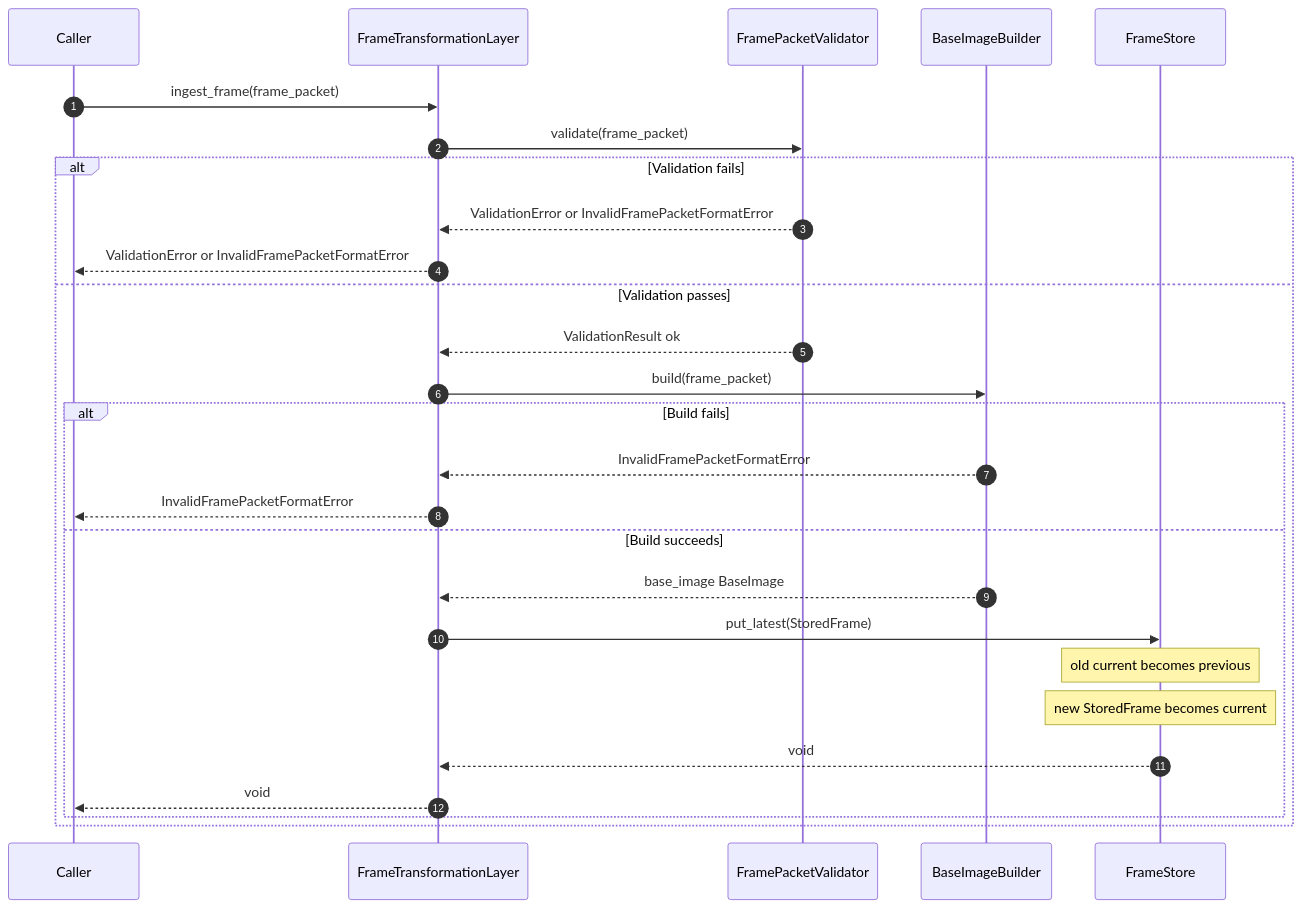
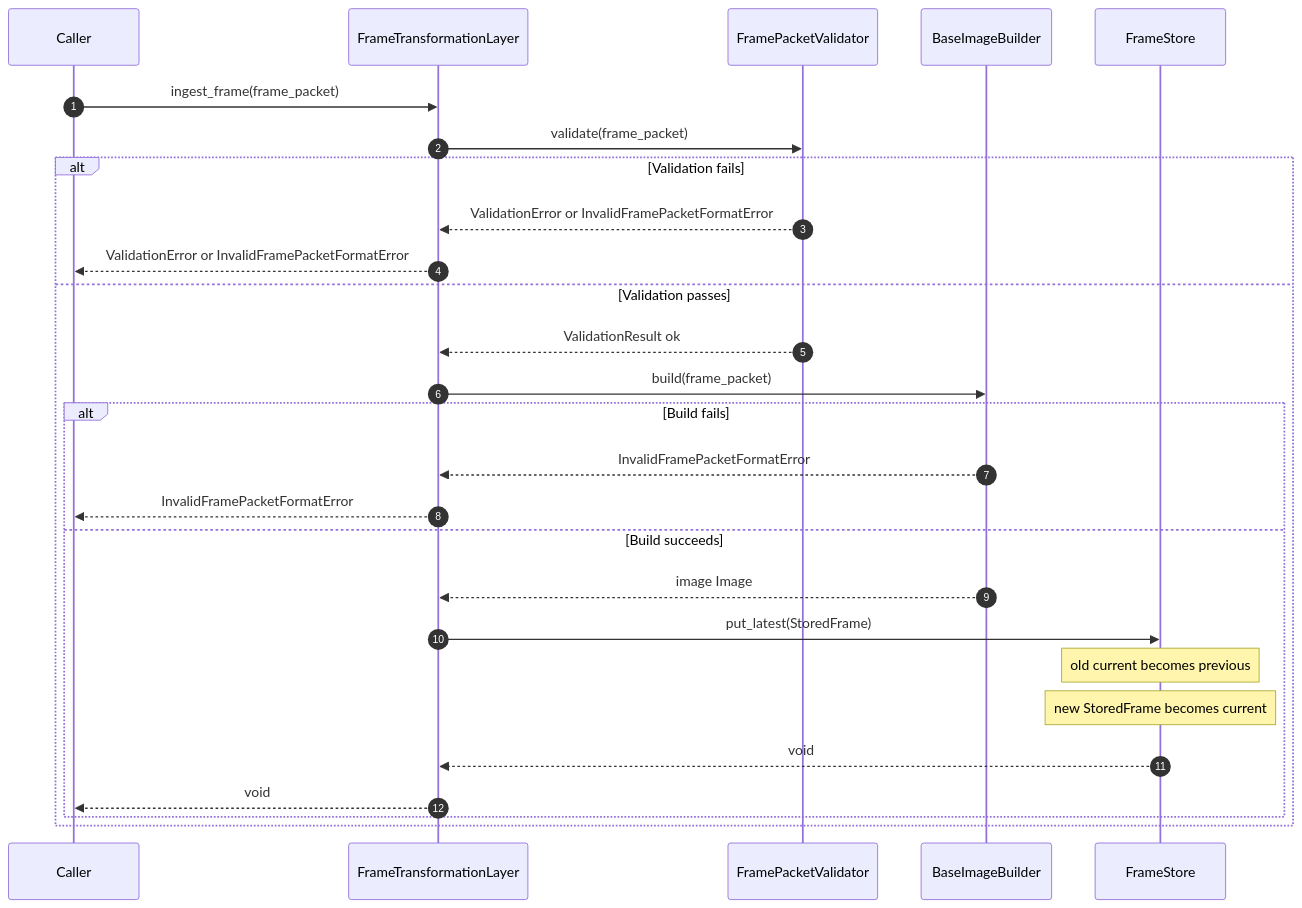
The second of 4 diagrams in doc/image_processing_service/frame_transformation_layer.md (talifruman/camera-recognition), drawn with Mermaid before and after one commit. The commit also changed other lines of this file and 203 other files, not shown here.

````diff
--- a/doc/image_processing_service/frame_transformation_layer.md
+++ b/doc/image_processing_service/frame_transformation_layer.md
@@ -880,30 +873,30 @@
 ```mermaid
 sequenceDiagram
   autonumber
   participant Caller
   participant FTL as FrameTransformationLayer
   participant VAL as FramePacketValidator
   participant BLD as BaseImageBuilder
   participant STORE as FrameStore
 
   Caller->>FTL: ingest_frame(frame_packet)
   FTL->>VAL: validate(frame_packet)
   alt Validation fails
     VAL-->>FTL: ValidationError or InvalidFramePacketFormatError
     FTL-->>Caller: ValidationError or InvalidFramePacketFormatError
   else Validation passes
     VAL-->>FTL: ValidationResult ok
     FTL->>BLD: build(frame_packet)
     alt Build fails
       BLD-->>FTL: InvalidFramePacketFormatError
       FTL-->>Caller: InvalidFramePacketFormatError
     else Build succeeds
-      BLD-->>FTL: base_image BaseImage
+      BLD-->>FTL: image Image
       FTL->>STORE: put_latest(StoredFrame)
       Note over STORE: old current becomes previous
       Note over STORE: new StoredFrame becomes current
       STORE-->>FTL: void
       FTL-->>Caller: void
     end
   end
 ```
````
